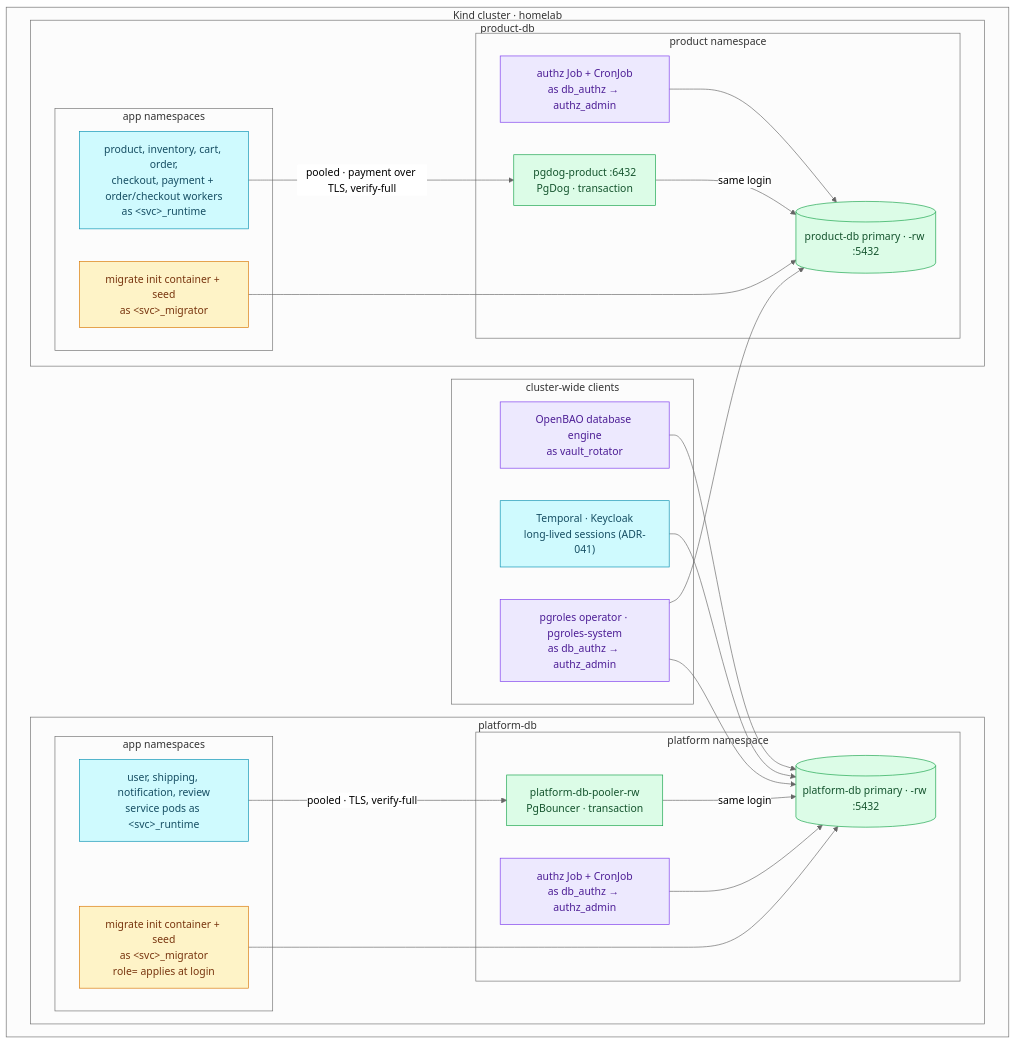
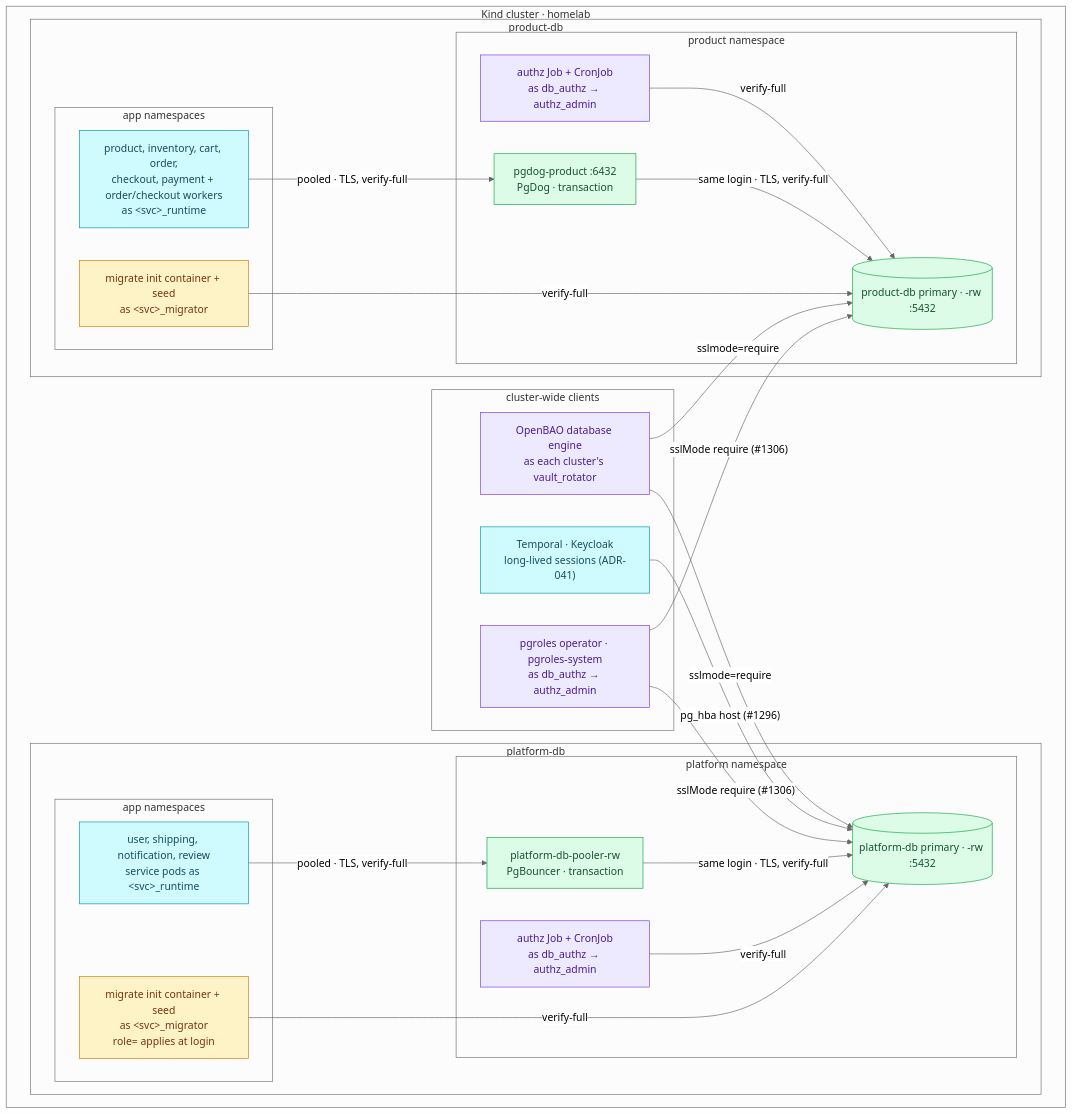
One commit to duynhlab/homelab changed the first of 2 diagrams in docs/databases/authorization.md. Above: the diagram before and after it, drawn with Mermaid (neutral theme). The commit also changed other lines of this file and 92 other files, not shown here.

First line of the commit message:
Finalise ADR-089 and refresh database diagrams (#1337)

````diff
--- a/docs/databases/authorization.md
+++ b/docs/databases/authorization.md
@@ -56,48 +56,49 @@
 ```mermaid
 flowchart TB
     subgraph cluster["Kind cluster · homelab"]
         subgraph shared["cluster-wide clients"]
             pgr["pgroles operator · pgroles-system<br/>as db_authz → authz_admin"]:::platform
-            bao["OpenBAO database engine<br/>as vault_rotator"]:::platform
+            bao["OpenBAO database engine<br/>as each cluster's vault_rotator"]:::platform
             other["Temporal · Keycloak<br/>long-lived sessions (ADR-041)"]:::service
         end
         subgraph pside["platform-db"]
             subgraph papps["app namespaces"]
                 ppod["user, shipping, notification, review<br/>service pods as &lt;svc&gt;_runtime"]:::service
                 pmig["migrate init container + seed<br/>as &lt;svc&gt;_migrator<br/>role= applies at login"]:::worker
             end
             subgraph plat["platform namespace"]
                 pjob["authz Job + CronJob<br/>as db_authz → authz_admin"]:::platform
                 pooler["platform-db-pooler-rw<br/>PgBouncer · transaction"]:::data
                 prw[("platform-db primary · -rw :5432")]:::data
             end
         end
         subgraph rside["product-db"]
             subgraph rapps["app namespaces"]
                 rpod["product, inventory, cart, order,<br/>checkout, payment + order/checkout workers<br/>as &lt;svc&gt;_runtime"]:::service
                 rmig["migrate init container + seed<br/>as &lt;svc&gt;_migrator"]:::worker
             end
             subgraph prod["product namespace"]
                 rjob["authz Job + CronJob<br/>as db_authz → authz_admin"]:::platform
                 pgdog["pgdog-product :6432<br/>PgDog · transaction"]:::data
                 rrw[("product-db primary · -rw :5432")]:::data
             end
         end
     end
 
-    ppod -->|"pooled · TLS, verify-full"| pooler -->|"same login"| prw
-    pmig --> prw
-    pjob --> prw
-    bao --> prw
-    other --> prw
-    rpod -->|"pooled · payment over TLS, verify-full"| pgdog -->|"same login"| rrw
-    rmig --> rrw
-    rjob --> rrw
-    pgr --> prw
-    pgr --> rrw
+    ppod -->|"pooled · TLS, verify-full"| pooler -->|"same login · TLS, verify-full"| prw
+    pmig -->|"verify-full"| prw
+    pjob -->|"verify-full"| prw
+    bao -->|"sslmode=require"| prw
+    other -->|"pg_hba host (#1296)"| prw
+    rpod -->|"pooled · TLS, verify-full"| pgdog -->|"same login · TLS, verify-full"| rrw
+    rmig -->|"verify-full"| rrw
+    rjob -->|"verify-full"| rrw
+    bao -->|"sslmode=require"| rrw
+    pgr -->|"sslMode require (#1306)"| prw
+    pgr -->|"sslMode require (#1306)"| rrw
 
     classDef service fill:#cffafe,color:#164e63,stroke:#0891b2;
     classDef worker fill:#fef3c7,color:#78350f,stroke:#d97706;
     classDef platform fill:#ede9fe,color:#4c1d95,stroke:#7c3aed;
     classDef data fill:#dcfce7,color:#14532d,stroke:#16a34a;
 ```
````
